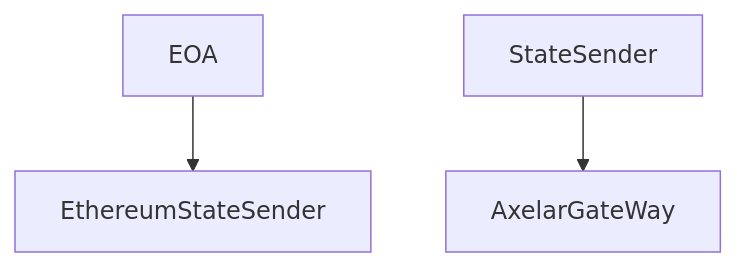
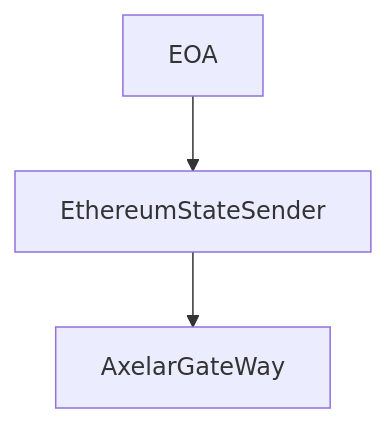
Before and after one commit to stake-dao/x-chain-vm: the first of 2 diagrams in README.md, drawn with Mermaid.

Commit message:
refactor: readme typo

````diff
--- a/README.md
+++ b/README.md
@@ -38,5 +38,5 @@
 ```mermaid
 graph TD
 	EOA --> EthereumStateSender
-	StateSender --> AxelarGateWay
+	EthereumStateSender --> AxelarGateWay
 ```
````
